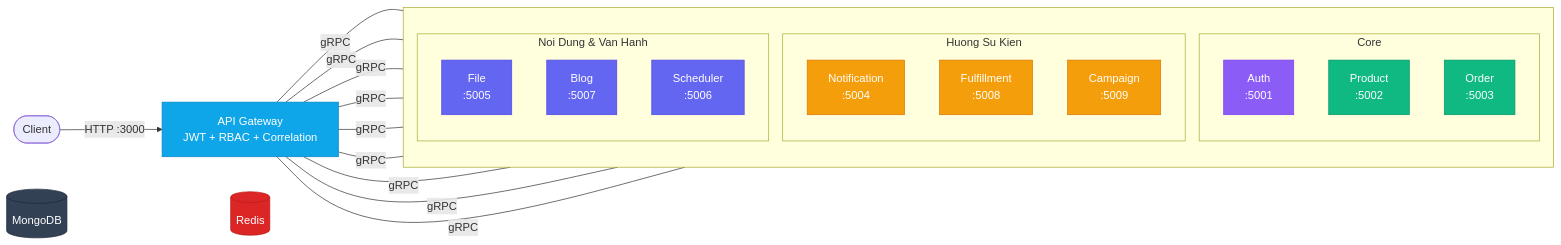
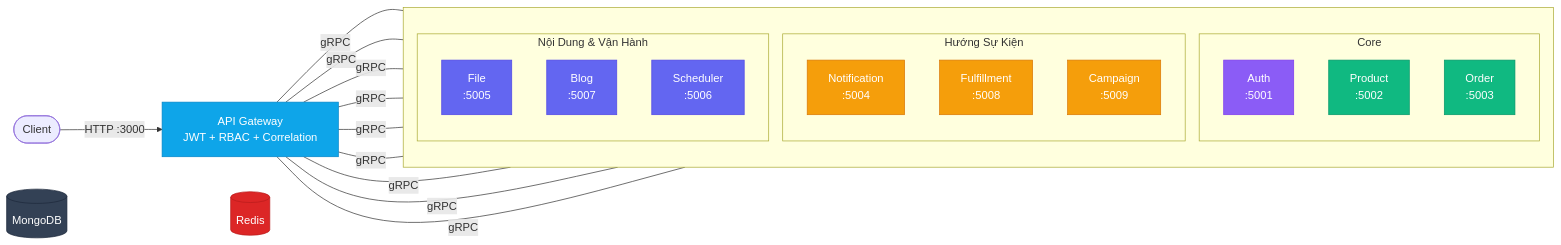
One commit to nthanhdo/nestjs-boot changed the first of 2 diagrams in README.vi.md. Above: the diagram before and after it, drawn with Mermaid. The commit also changed other lines of this file, not shown here.

````diff
--- a/README.vi.md
+++ b/README.vi.md
@@ -53,51 +53,51 @@
 ```mermaid
 graph LR
     Client([Client]) -->|HTTP :3000| GW[API Gateway<br/>JWT + RBAC + Correlation]
 
     subgraph services [" "]
         direction TB
 
         subgraph core ["Core"]
             AUTH[Auth<br/>:5001]
             PROD[Product<br/>:5002]
             ORD[Order<br/>:5003]
         end
 
-        subgraph evented ["Huong Su Kien"]
+        subgraph evented ["Hướng Sự Kiện"]
             NOTIF[Notification<br/>:5004]
             FULFILL[Fulfillment<br/>:5008]
             CAMP[Campaign<br/>:5009]
         end
 
-        subgraph content ["Noi Dung & Van Hanh"]
+        subgraph content ["Nội Dung & Vận Hành"]
             FILE[File<br/>:5005]
             BLOG[Blog<br/>:5007]
             SCHED[Scheduler<br/>:5006]
         end
     end
 
     GW ---|gRPC| AUTH
     GW ---|gRPC| PROD
     GW ---|gRPC| ORD
     GW ---|gRPC| NOTIF
     GW ---|gRPC| FILE
     GW ---|gRPC| SCHED
     GW ---|gRPC| BLOG
     GW ---|gRPC| FULFILL
     GW ---|gRPC| CAMP
 
     MONGO[(MongoDB)] ~~~ REDIS[(Redis)]
 
     style GW fill:#0ea5e9,stroke:#0284c7,color:#fff
     style AUTH fill:#8b5cf6,stroke:#7c3aed,color:#fff
     style PROD fill:#10b981,stroke:#059669,color:#fff
     style ORD fill:#10b981,stroke:#059669,color:#fff
     style NOTIF fill:#f59e0b,stroke:#d97706,color:#fff
     style FULFILL fill:#f59e0b,stroke:#d97706,color:#fff
     style CAMP fill:#f59e0b,stroke:#d97706,color:#fff
     style FILE fill:#6366f1,stroke:#4f46e5,color:#fff
     style BLOG fill:#6366f1,stroke:#4f46e5,color:#fff
     style SCHED fill:#6366f1,stroke:#4f46e5,color:#fff
     style MONGO fill:#334155,stroke:#1e293b,color:#fff
     style REDIS fill:#dc2626,stroke:#b91c1c,color:#fff
 ```
````
